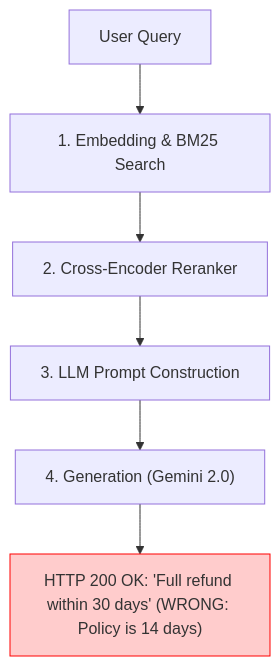
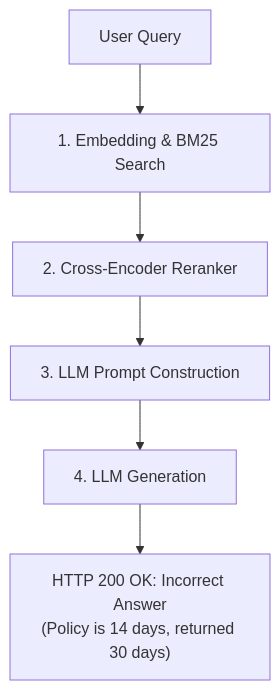
The first of 2 diagrams in docs/OBSERVABILITY_VS_MONITORING.md (Souheil007/Rag_Full_Version), drawn with Mermaid before and after one commit. The commit also changed other lines of this file and 6 other files, not shown here.

Commit message:
docs: standardize all Mermaid diagrams across docs and plans to clean flowchart format

````diff
--- a/docs/OBSERVABILITY_VS_MONITORING.md
+++ b/docs/OBSERVABILITY_VS_MONITORING.md
@@ -36,10 +36,8 @@
 ```mermaid
 flowchart TD
     Q["User Query"] --> S1["1. Embedding & BM25 Search"]
     S1 --> S2["2. Cross-Encoder Reranker"]
     S2 --> S3["3. LLM Prompt Construction"]
-    S3 --> S4["4. Generation (Gemini 2.0)"]
-    S4 --> Out["HTTP 200 OK: 'Full refund within 30 days' (WRONG: Policy is 14 days)"]
-    
-    style Out fill:#ffcccc,stroke:#ff0000
+    S3 --> S4["4. LLM Generation"]
+    S4 --> Out["HTTP 200 OK: Incorrect Answer<br/>(Policy is 14 days, returned 30 days)"]
 ```
````
